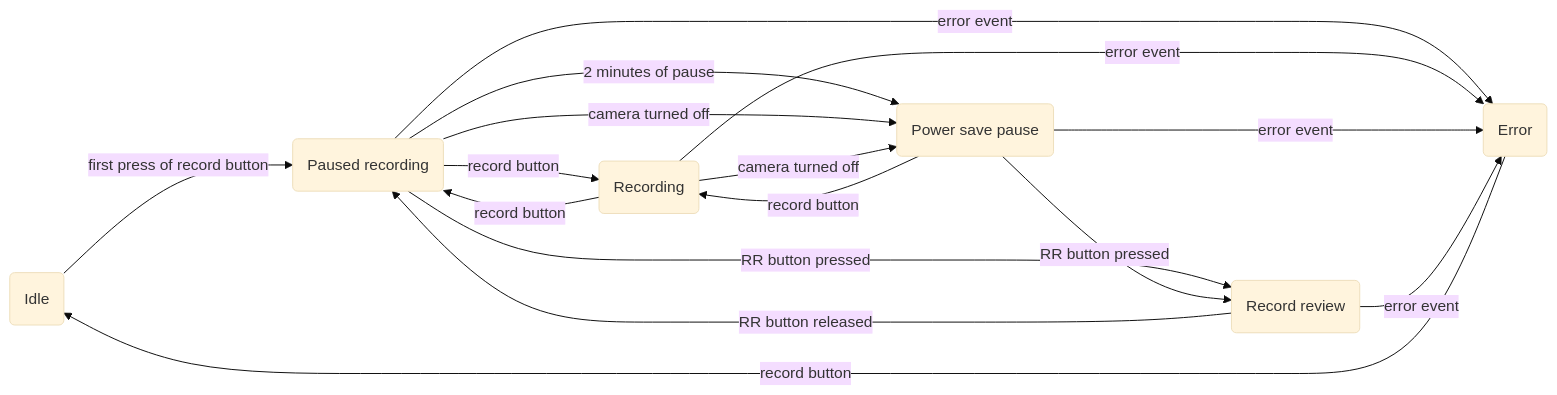
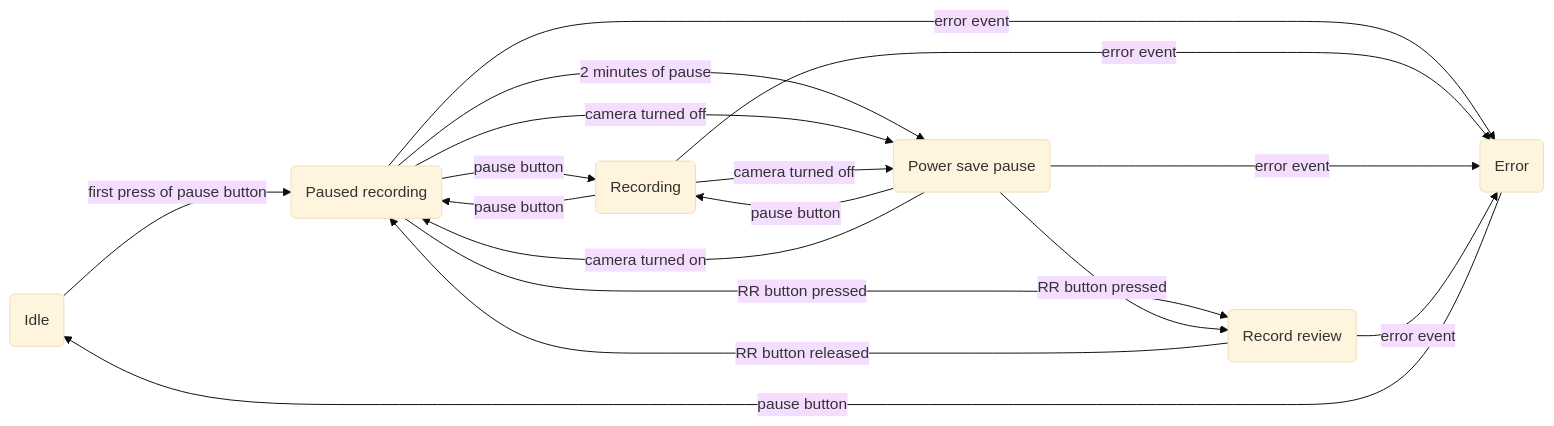
One commit to Fagear/Beta10Pin changed the first of 2 diagrams in README.md. Above: the diagram before and after it, drawn with Mermaid (base theme). The commit also changed other lines of this file and 2 other files, not shown here.

````diff
--- a/README.md
+++ b/README.md
@@ -246,13 +268,14 @@
 ```mermaid
 flowchart LR;
-    idIdle(Idle)-- first press of record button -->idPause(Paused recording);
-    idPause-- record button -->idRec(Recording);
-    idRec-- record button -->idPause;
-    idPwrsv-- record button -->idRec;
-    idPause-- 2 minutes of pause -->idPwrsv(Power save pause);
+    idIdle(Idle)-- first press of pause button -->idPause(Paused recording);
+    idPause-- pause button -->idRec(Recording);
+    idRec-- pause button -->idPause;
+    idPwrsv(Power save pause)-- pause button -->idRec;
+    idPause-- 2 minutes of pause -->idPwrsv;
     idPause & idRec-- camera turned off -->idPwrsv;
+    idPwrsv-- camera turned on -->idPause;
     idPause & idPwrsv-- RR button pressed -->idRR(Record review);
     idRR-- RR button released -->idPause;
     idPause & idRec & idPwrsv & idRR-- error event -->idErr(Error);
-    idErr-- record button -->idIdle;
+    idErr-- pause button -->idIdle;
 ```
````
